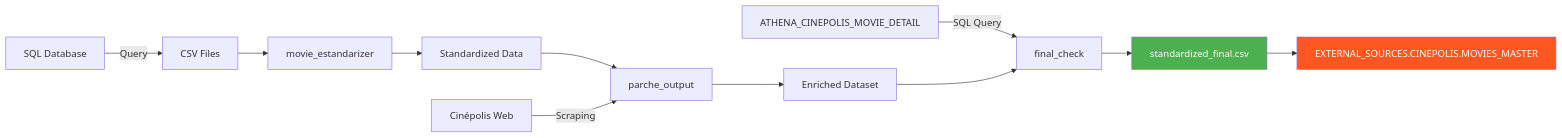
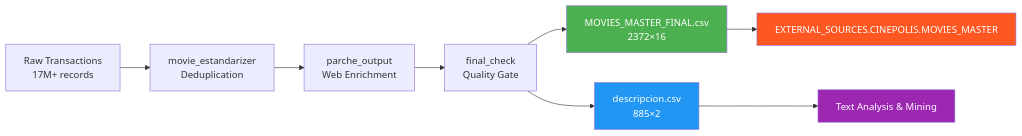
Before and after one commit to nicolasfredesfranco/help_frida: the third of 3 diagrams in README.md, drawn with Mermaid. The commit also changed other lines of this file, not shown here.

````diff
--- a/README.md
+++ b/README.md
@@ -548,16 +602,15 @@
 ```mermaid
 graph LR
-    A[SQL Database] -->|Query| B[CSV Files]
-    B --> C[movie_estandarizer]
-    C --> D[Standardized Data]
-    D --> E[parche_output]
-    F[Cinépolis Web] -->|Scraping| E
-    E --> G[Enriched Dataset]
-    H[ATHENA_CINEPOLIS_MOVIE_DETAIL] -->|SQL Query| I[final_check]
-    G --> I
-    I --> J[standardized_final.csv]
-    J --> K[EXTERNAL_SOURCES.CINEPOLIS.MOVIES_MASTER]
+    A[Raw Transactions<br/>17M+ records] --> B[movie_estandarizer<br/>Deduplication]
+    B --> C[parche_output<br/>Web Enrichment]
+    C --> D[final_check<br/>Quality Gate]
+    D --> E[MOVIES_MASTER_FINAL.csv<br/>2372×16]
+    D --> F[descripcion.csv<br/>885×2]
+    E --> G[EXTERNAL_SOURCES.CINEPOLIS.MOVIES_MASTER]
+    F --> H[Text Analysis & Mining]
     
-    style K fill:#ff5722,color:#fff
-    style J fill:#4caf50,color:#fff
+    style E fill:#4caf50,color:#fff
+    style F fill:#2196f3,color:#fff
+    style G fill:#ff5722,color:#fff
+    style H fill:#9c27b0,color:#fff
 ```
````
